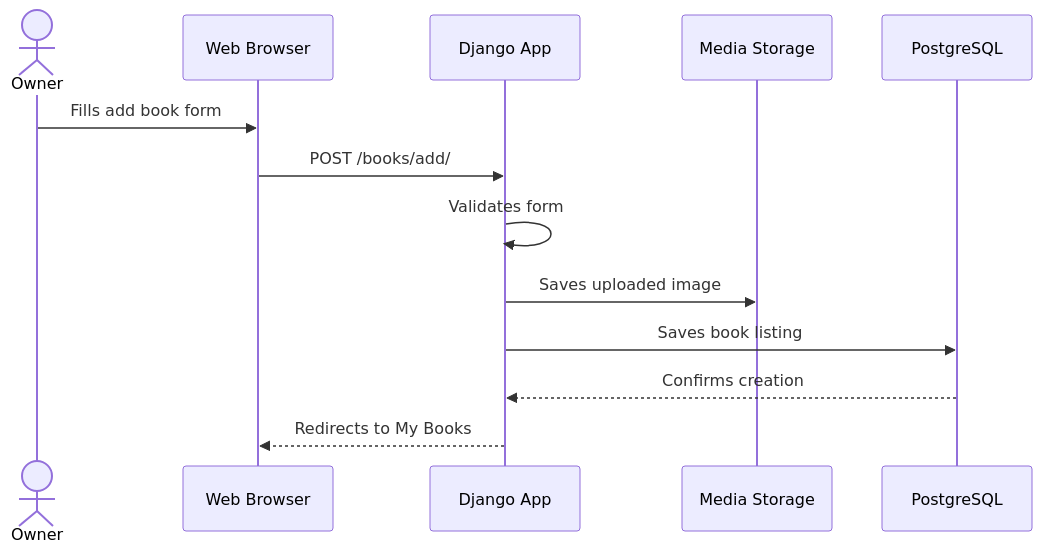
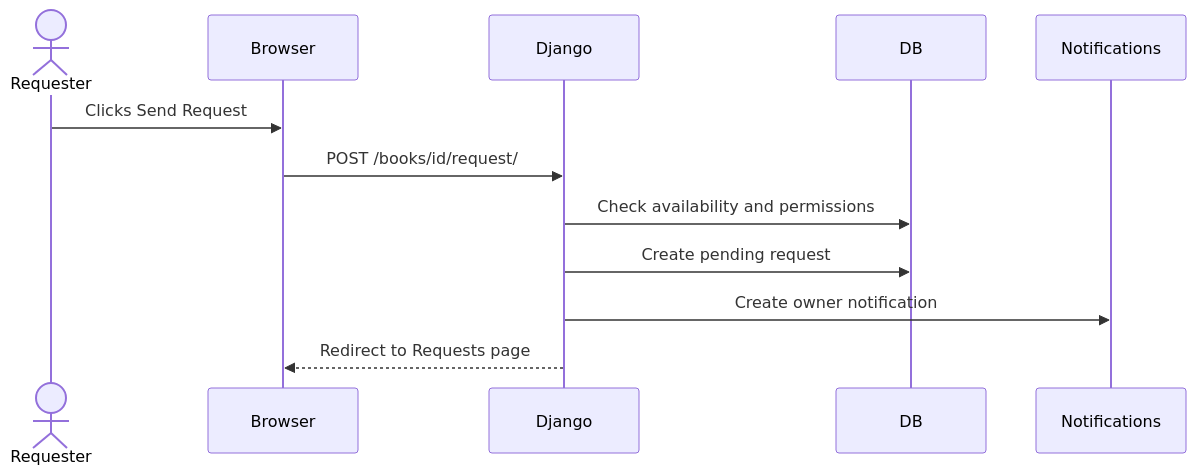
One commit to Handroc/Livract-project changed the fourth of 5 diagrams in README.md. Above: the diagram before and after it, drawn with Mermaid. The commit also changed other lines of this file, not shown here.

````diff
--- a/README.md
+++ b/README.md
@@ -317,15 +282,14 @@
 ```mermaid
 sequenceDiagram
-    actor Owner
-    participant Browser as Web Browser
-    participant Django as Django App
-    participant Storage as Media Storage
-    participant DB as PostgreSQL
-    Owner->>Browser: Fills add book form
-    Browser->>Django: POST /books/add/
-    Django->>Django: Validates form
-    Django->>Storage: Saves uploaded image
-    Django->>DB: Saves book listing
-    DB-->>Django: Confirms creation
-    Django-->>Browser: Redirects to My Books
+    actor Requester
+    participant Browser
+    participant Django
+    participant DB
+    participant Notifications
+    Requester->>Browser: Clicks Send Request
+    Browser->>Django: POST /books/id/request/
+    Django->>DB: Check availability and permissions
+    Django->>DB: Create pending request
+    Django->>Notifications: Create owner notification
+    Django-->>Browser: Redirect to Requests page
 ```
````
